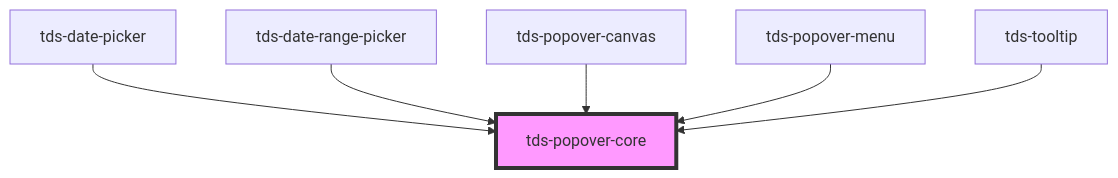
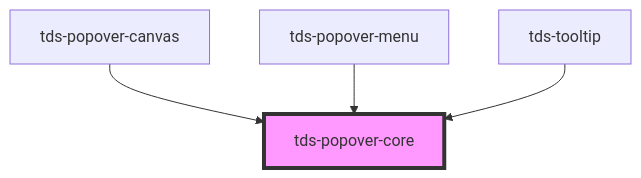
The diagram in packages/core/src/components/popover-core/readme.md (scania-digital-design-system/tegel), drawn with Mermaid before and after one commit. The commit also changed other lines of this file and 12 other files, not shown here.

````diff
--- a/packages/core/src/components/popover-core/readme.md
+++ b/packages/core/src/components/popover-core/readme.md
@@ -34,9 +32,7 @@
 ```mermaid
 graph TD;
-  tds-date-picker --> tds-popover-core
-  tds-date-range-picker --> tds-popover-core
   tds-popover-canvas --> tds-popover-core
   tds-popover-menu --> tds-popover-core
   tds-tooltip --> tds-popover-core
   style tds-popover-core fill:#f9f,stroke:#333,stroke-width:4px
 ```
````
